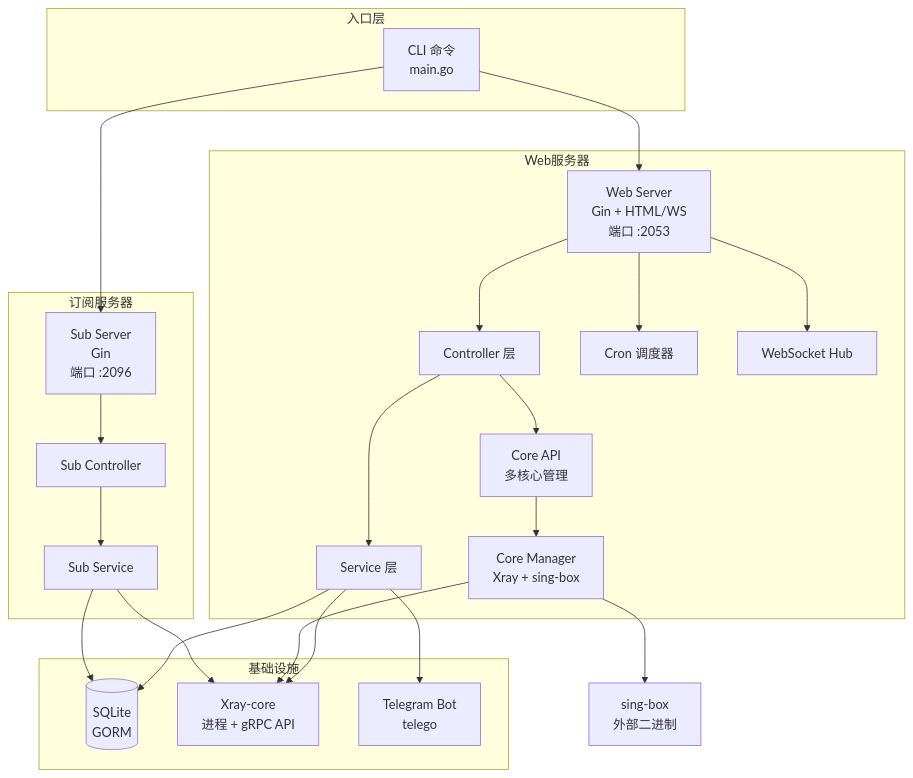
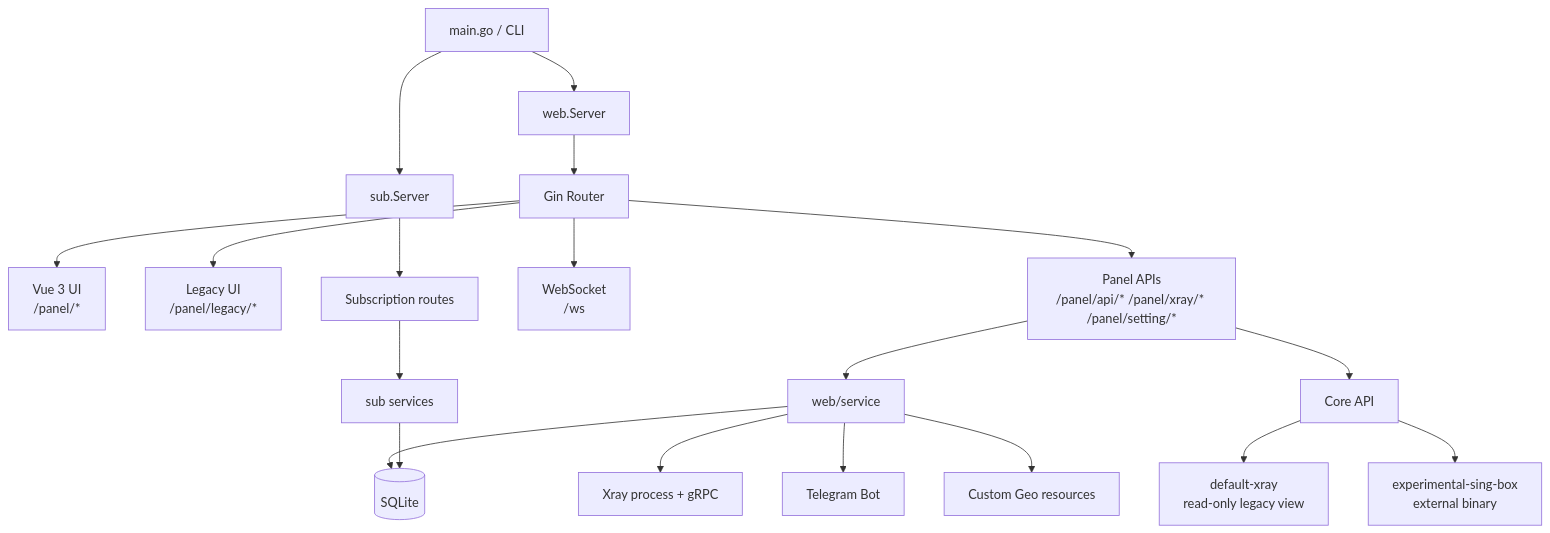
The first of 5 diagrams in docs/architecture.md (superaddmin/SuperXray-gui), drawn with Mermaid before and after one commit. The commit also changed other lines of this file and 5 other files, not shown here.

````diff
--- a/docs/architecture.md
+++ b/docs/architecture.md
@@ -56,48 +38,25 @@
 ```mermaid
-graph TB
-    subgraph 入口层
-        CLI[CLI 命令<br/>main.go]
-    end
+flowchart TB
+    CLI[main.go / CLI] --> WEB[web.Server]
+    CLI --> SUB[sub.Server]
 
-    subgraph Web服务器
-        WS[Web Server<br/>Gin + HTML/WS<br/>端口 :2053]
-        CTRL[Controller 层]
-        COREAPI[Core API<br/>多核心管理]
-        SVC[Service 层]
-        COREMGR[Core Manager<br/>Xray + sing-box]
-        CRON[Cron 调度器]
-        WSUB[WebSocket Hub]
-    end
+    WEB --> ROUTER[Gin Router]
+    ROUTER --> NEWUI[Vue 3 UI<br/>/panel/*]
+    ROUTER --> LEGACY[Legacy UI<br/>/panel/legacy/*]
+    ROUTER --> API[Panel APIs<br/>/panel/api/* /panel/xray/* /panel/setting/*]
+    ROUTER --> WS[WebSocket<br/>/ws]
 
-    subgraph 订阅服务器
-        SUB[Sub Server<br/>Gin<br/>端口 :2096]
-        SUBCTRL[Sub Controller]
-        SUBSVC[Sub Service]
-    end
+    API --> SVC[web/service]
+    API --> CORES[Core API]
+    CORES --> DEFAULTX[default-xray<br/>read-only legacy view]
+    CORES --> SINGBOX[experimental-sing-box<br/>external binary]
 
-    subgraph 基础设施
-        DB[(SQLite<br/>GORM)]
-        XRAY[Xray-core<br/>进程 + gRPC API]
-        TGBOT[Telegram Bot<br/>telego]
-    end
+    SVC --> DB[(SQLite)]
+    SVC --> XRAY[Xray process + gRPC]
+    SVC --> TG[Telegram Bot]
+    SVC --> GEO[Custom Geo resources]
 
-    CLI --> WS
-    CLI --> SUB
-
-    WS --> CTRL
-    CTRL --> SVC
-    CTRL --> COREAPI
-    COREAPI --> COREMGR
-    WS --> CRON
-    WS --> WSUB
-    SVC --> DB
-    SVC --> XRAY
-    SVC --> TGBOT
-    COREMGR --> XRAY
-    COREMGR --> SINGBOX[sing-box<br/>外部二进制]
-
-    SUB --> SUBCTRL
-    SUBCTRL --> SUBSVC
+    SUB --> SUBROUTES[Subscription routes]
+    SUBROUTES --> SUBSVC[sub services]
     SUBSVC --> DB
-    SUBSVC --> XRAY
 ```
````
